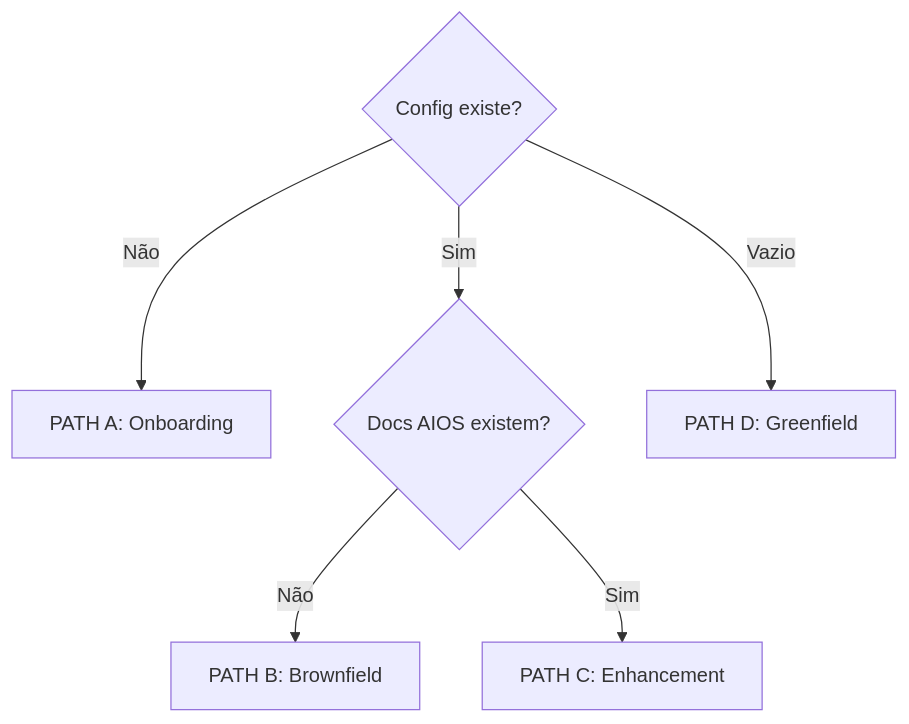
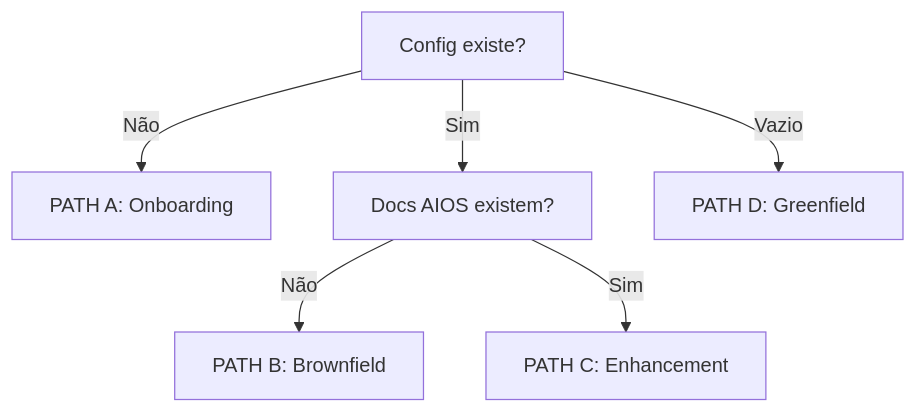
One commit to bychrisr/aios-docs changed diagram 16 of 17 in content/en/docs/aios-workflows/bob-orchestrator-workflow.mdx. Above: the diagram before and after it, drawn with Mermaid. The commit also changed other lines of this file and 40 other files, not shown here.

````diff
--- a/content/en/docs/aios-workflows/bob-orchestrator-workflow.mdx
+++ b/content/en/docs/aios-workflows/bob-orchestrator-workflow.mdx
@@ -1316,9 +1316,9 @@
 ```mermaid
 flowchart TB
-    Q1{"Config existe?"}
+    Q1["Config existe?"]
     Q1 -->|Não| PA["PATH A: Onboarding"]
-    Q1 -->|Sim| Q2{"Docs AIOS existem?"}
+    Q1 -->|Sim| Q2["Docs AIOS existem?"]
     Q2 -->|Não| PB["PATH B: Brownfield"]
     Q2 -->|Sim| PC["PATH C: Enhancement"]
     Q1 -->|Vazio| PD["PATH D: Greenfield"]
 ```
````
